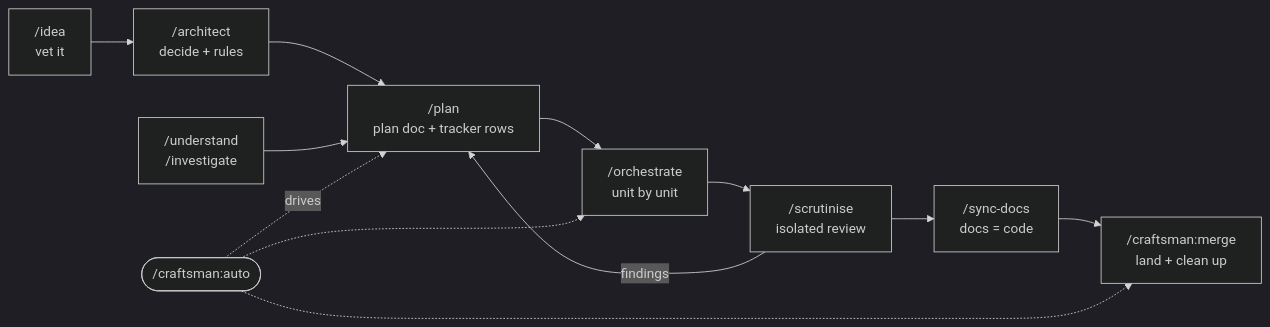
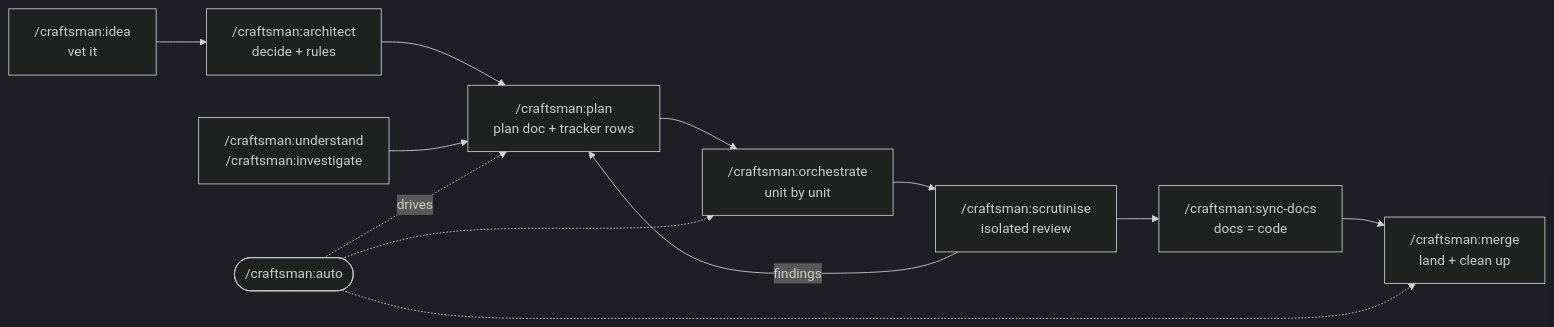
The diagram in README.md (plantgreytrees/craftsman), drawn with Mermaid (dark theme) before and after one commit. The commit also changed other lines of this file and 3 other files, not shown here.

````diff
--- a/README.md
+++ b/README.md
@@ -131,14 +131,14 @@
 ```mermaid
 flowchart LR
-  idea["/idea<br/>vet it"] --> arch["/architect<br/>decide + rules"]
-  arch --> plan["/plan<br/>plan doc + tracker rows"]
-  und["/understand<br/>/investigate"] --> plan
-  plan --> orch["/orchestrate<br/>unit by unit"]
-  orch --> scr["/scrutinise<br/>isolated review"]
+  idea["/craftsman:idea<br/>vet it"] --> arch["/craftsman:architect<br/>decide + rules"]
+  arch --> plan["/craftsman:plan<br/>plan doc + tracker rows"]
+  und["/craftsman:understand<br/>/craftsman:investigate"] --> plan
+  plan --> orch["/craftsman:orchestrate<br/>unit by unit"]
+  orch --> scr["/craftsman:scrutinise<br/>isolated review"]
   scr -->|findings| plan
-  scr --> sync["/sync-docs<br/>docs = code"]
+  scr --> sync["/craftsman:sync-docs<br/>docs = code"]
   sync --> merge["/craftsman:merge<br/>land + clean up"]
   auto(["/craftsman:auto"]) -.drives.-> plan
   auto -.-> orch
   auto -.-> merge
 ```
````
